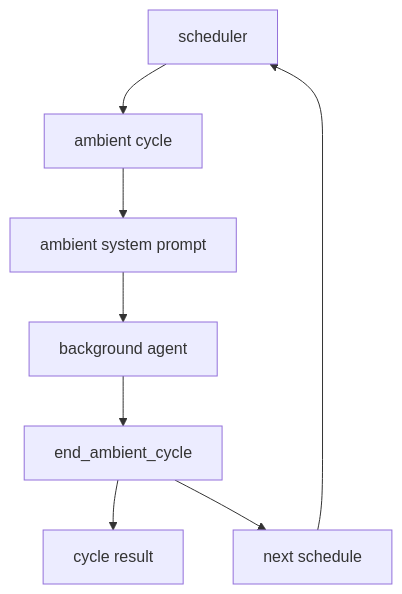
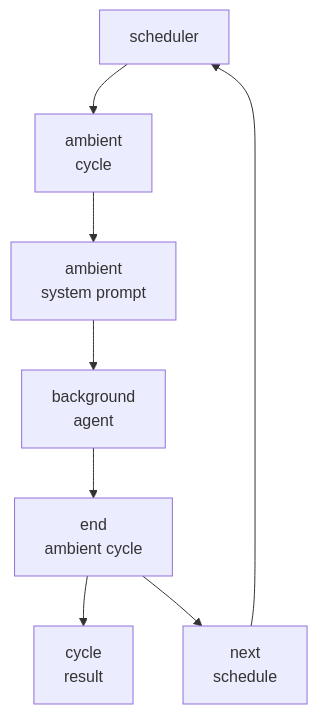
The first of 4 diagrams in docs/en/s09-ambient-selfdev.md (Br1an67/learn-jcode), drawn with Mermaid before and after one commit. The commit also changed other lines of this file and 23 other files, not shown here.

Commit message:
Improve Mermaid diagram layout

````diff
--- a/docs/en/s09-ambient-selfdev.md
+++ b/docs/en/s09-ambient-selfdev.md
@@ -13,10 +13,10 @@
 ```mermaid
 flowchart TD
-  Scheduler["scheduler"] --> Cycle["ambient cycle"]
-  Cycle --> Prompt["ambient system prompt"]
-  Prompt --> Agent["background agent"]
-  Agent --> EndTool["end_ambient_cycle"]
-  EndTool --> Result["cycle result"]
-  EndTool --> Next["next schedule"]
+  Scheduler["scheduler"] --> Cycle["ambient<br/>cycle"]
+  Cycle --> Prompt["ambient<br/>system prompt"]
+  Prompt --> Agent["background<br/>agent"]
+  Agent --> EndTool["end<br/>ambient cycle"]
+  EndTool --> Result["cycle<br/>result"]
+  EndTool --> Next["next<br/>schedule"]
   Next --> Scheduler
 ```
````
